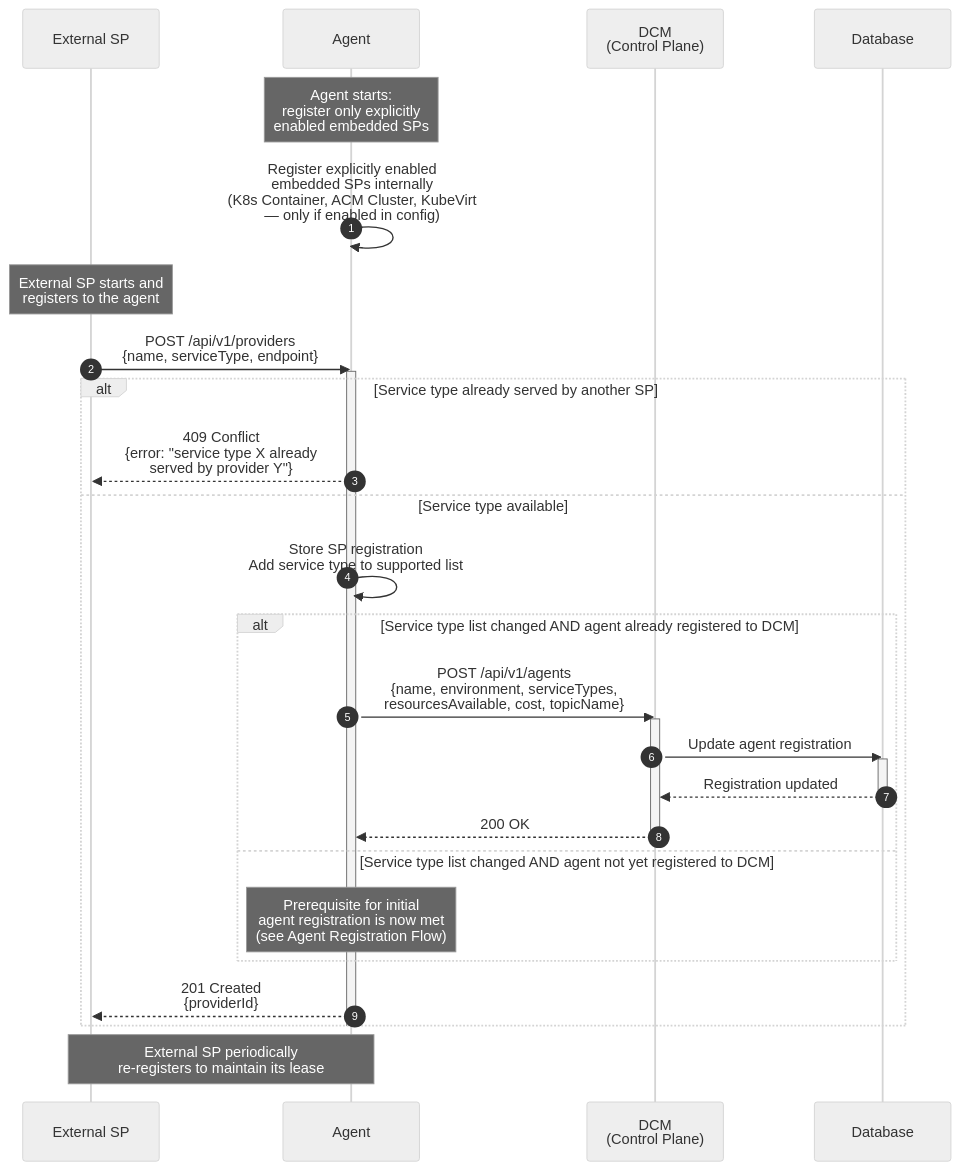
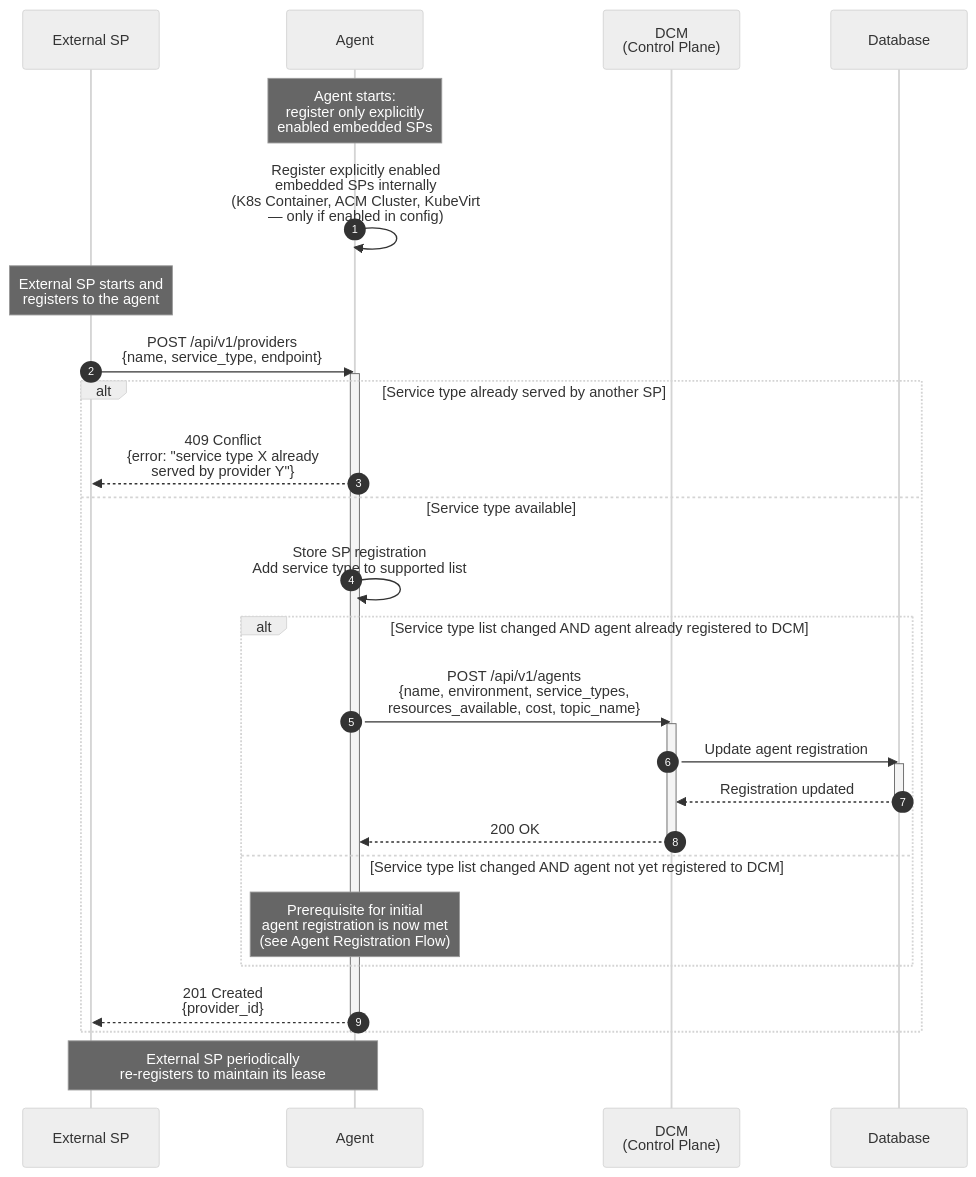
One commit to dcm-project/enhancements changed the second of 7 diagrams in enhancements/environment-agent/environment-agent.md. Above: the diagram before and after it, drawn with Mermaid (neutral theme). The commit also changed other lines of this file and 19 other files, not shown here.

````diff
--- a/enhancements/environment-agent/environment-agent.md
+++ b/enhancements/environment-agent/environment-agent.md
@@ -433,41 +433,41 @@
 ```mermaid
 sequenceDiagram
     autonumber
     participant SP as External SP
     participant AG as Agent
     participant DCM as DCM<br/>(Control Plane)
     participant DB as Database
 
     Note over AG: Agent starts:<br/>register only explicitly<br/>enabled embedded SPs
 
     AG->>AG: Register explicitly enabled<br/>embedded SPs internally<br/>(K8s Container, ACM Cluster, KubeVirt<br/>— only if enabled in config)
 
     Note over SP: External SP starts and<br/>registers to the agent
 
-    SP->>AG: POST /api/v1/providers<br/>{name, serviceType, endpoint}
+    SP->>AG: POST /api/v1/providers<br/>{name, service_type, endpoint}
     activate AG
 
     alt Service type already served by another SP
         AG-->>SP: 409 Conflict<br/>{error: "service type X already<br/>served by provider Y"}
     else Service type available
         AG->>AG: Store SP registration<br/>Add service type to supported list
 
         alt Service type list changed AND agent already registered to DCM
-            AG->>DCM: POST /api/v1/agents<br/>{name, environment, serviceTypes,<br/>resourcesAvailable, cost, topicName}
+            AG->>DCM: POST /api/v1/agents<br/>{name, environment, service_types,<br/>resources_available, cost, topic_name}
             activate DCM
             DCM->>DB: Update agent registration
             activate DB
             DB-->>DCM: Registration updated
             deactivate DB
             DCM-->>AG: 200 OK
             deactivate DCM
         else Service type list changed AND agent not yet registered to DCM
             Note over AG: Prerequisite for initial<br/>agent registration is now met<br/>(see Agent Registration Flow)
         end
 
-        AG-->>SP: 201 Created<br/>{providerId}
+        AG-->>SP: 201 Created<br/>{provider_id}
     end
     deactivate AG
 
     Note over SP,AG: External SP periodically<br/>re-registers to maintain its lease
 ```
````
